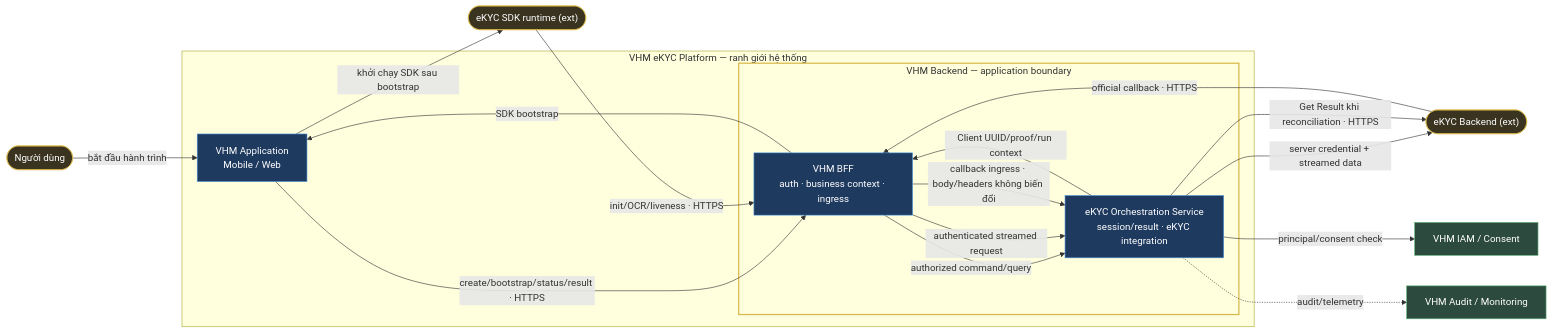
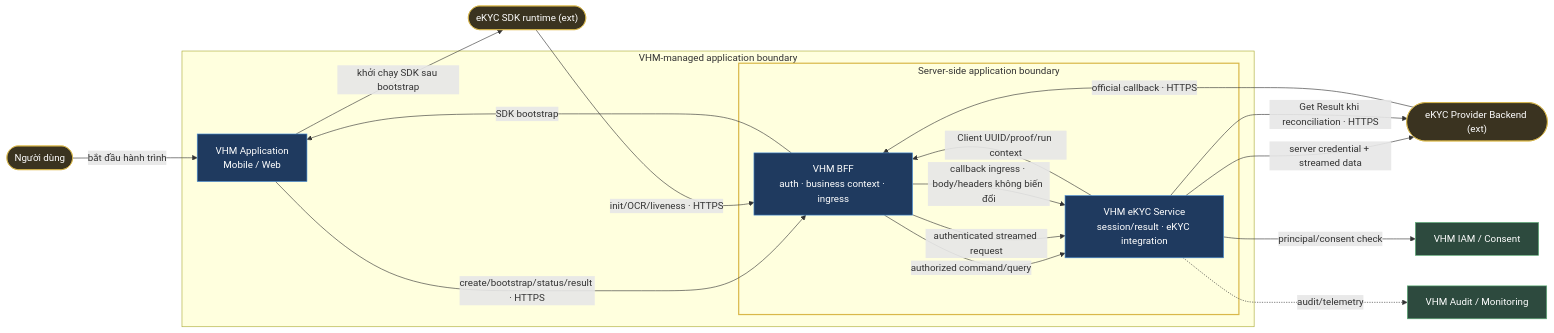
One commit to huynv-xyz/vhm changed the second of 16 diagrams in README.md. Above: the diagram before and after it, drawn with Mermaid. The commit also changed other lines of this file, not shown here.

````diff
--- a/README.md
+++ b/README.md
@@ -365,36 +358,36 @@
 ```mermaid
 flowchart LR
     USER(["Người dùng"]):::entity
     SDK(["eKYC SDK runtime (ext)"]):::entity
-    BACKEND(["eKYC Backend (ext)"]):::entity
+    BACKEND(["eKYC Provider Backend (ext)"]):::entity
     IAM["VHM IAM / Consent"]:::owned
     OBS["VHM Audit / Monitoring"]:::owned
 
-    subgraph SYS["VHM eKYC Platform — ranh giới hệ thống"]
+    subgraph SYS["VHM-managed application boundary"]
         APP["VHM Application<br/>Mobile / Web"]:::bc
-        subgraph VHMBE["VHM Backend — application boundary"]
+        subgraph VHMBE["Server-side application boundary"]
             BFF["VHM BFF<br/>auth · business context · ingress"]:::bc
-            Orchestrator["eKYC Orchestration Service<br/>session/result · eKYC integration"]:::bc
+            EKYC_SERVICE["VHM eKYC Service<br/>session/result · eKYC integration"]:::bc
         end
     end
 
     USER -->|bắt đầu hành trình| APP
     APP -->|create/bootstrap/status/result · HTTPS| BFF
-    BFF -->|authorized command/query| Orchestrator
-    Orchestrator -->|Client UUID/proof/run context| BFF
+    BFF -->|authorized command/query| EKYC_SERVICE
+    EKYC_SERVICE -->|Client UUID/proof/run context| BFF
     BFF -->|SDK bootstrap| APP
     APP -->|khởi chạy SDK sau bootstrap| SDK
     SDK -->|init/OCR/liveness · HTTPS| BFF
-    BFF -->|authenticated streamed request| Orchestrator
-    Orchestrator -->|server credential + streamed data| BACKEND
+    BFF -->|authenticated streamed request| EKYC_SERVICE
+    EKYC_SERVICE -->|server credential + streamed data| BACKEND
     BACKEND -->|official callback · HTTPS| BFF
-    BFF -->|callback ingress · body/headers không biến đổi| Orchestrator
-    Orchestrator -->|Get Result khi reconciliation · HTTPS| BACKEND
-    Orchestrator -->|principal/consent check| IAM
-    Orchestrator -.->|audit/telemetry| OBS
+    BFF -->|callback ingress · body/headers không biến đổi| EKYC_SERVICE
+    EKYC_SERVICE -->|Get Result khi reconciliation · HTTPS| BACKEND
+    EKYC_SERVICE -->|principal/consent check| IAM
+    EKYC_SERVICE -.->|audit/telemetry| OBS
 
     classDef bc fill:#1f3a5f,stroke:#4a90d9,color:#fff;
     classDef owned fill:#2d4a3e,stroke:#5fb37a,color:#fff;
     classDef entity fill:#3a3320,stroke:#d9b84a,color:#fff;
     style VHMBE stroke:#d9b84a,stroke-width:2px
 ```
````
